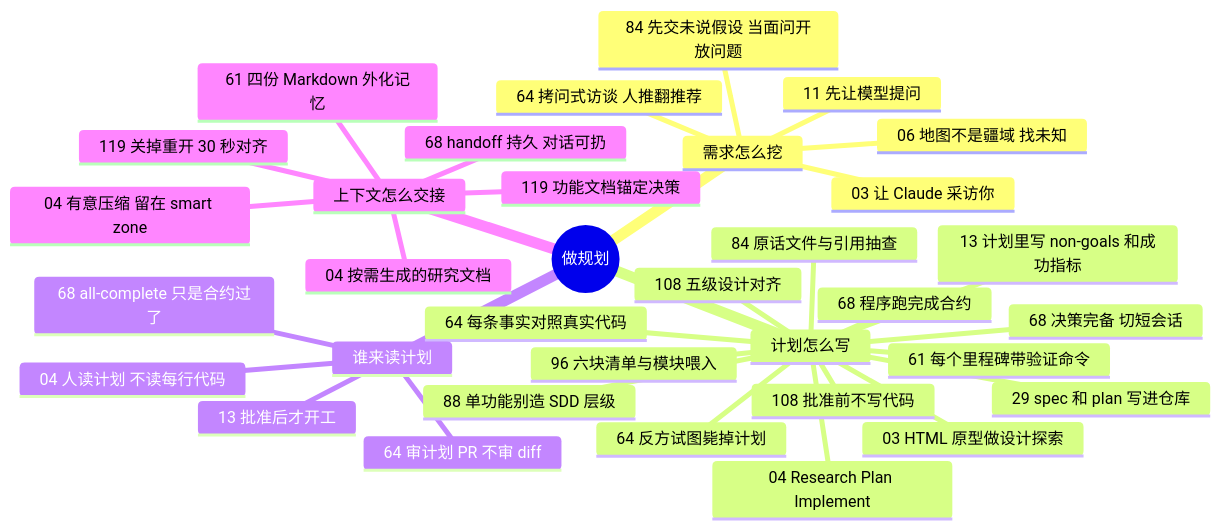
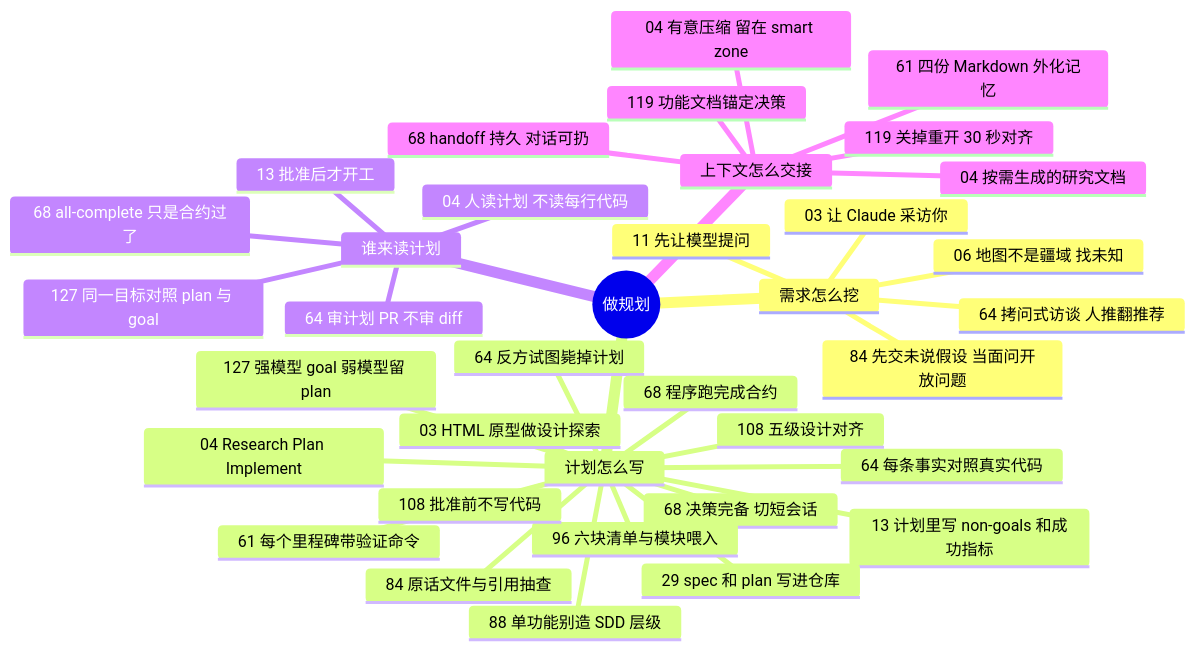
One commit to yzw7489757/ai-coding-videos changed the diagram in docs/guide/planning.md. Above: the diagram before and after it, drawn with Mermaid. The commit also changed other lines of this file and 17 other files, not shown here.

Commit message:
第二十四批收录 #127–#130：goal vs plan、MirrorCode 多代理、TDD hooks、Google ACE

````diff
--- a/docs/guide/planning.md
+++ b/docs/guide/planning.md
@@ -13,37 +13,39 @@
 ```mermaid
 mindmap
   root((做规划))
     需求怎么挖
       03 让 Claude 采访你
       06 地图不是疆域 找未知
       11 先让模型提问
       64 拷问式访谈 人推翻推荐
       84 先交未说假设 当面问开放问题
     计划怎么写
+      127 强模型 goal 弱模型留 plan
       04 Research Plan Implement
       13 计划里写 non-goals 和成功指标
       03 HTML 原型做设计探索
       29 spec 和 plan 写进仓库
       61 每个里程碑带验证命令
       64 每条事实对照真实代码
       64 反方试图毙掉计划
       68 决策完备 切短会话
       68 程序跑完成合约
       84 原话文件与引用抽查
       88 单功能别造 SDD 层级
       96 六块清单与模块喂入
       108 五级设计对齐
       108 批准前不写代码
     谁来读计划
+      127 同一目标对照 plan 与 goal
       04 人读计划 不读每行代码
       13 批准后才开工
       64 审计划 PR 不审 diff
       68 all-complete 只是合约过了
     上下文怎么交接
       04 有意压缩 留在 smart zone
       04 按需生成的研究文档
       61 四份 Markdown 外化记忆
       68 handoff 持久 对话可扔
       119 功能文档锚定决策
       119 关掉重开 30 秒对齐
 ```
````
